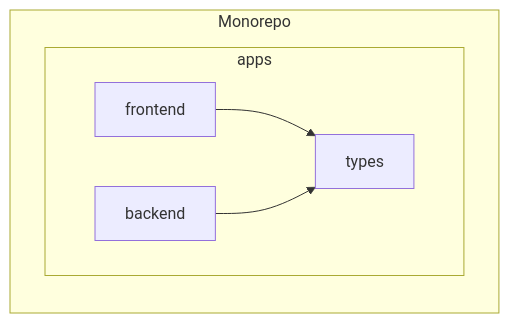
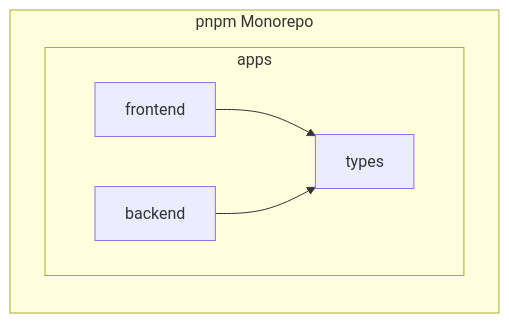
Before and after one commit to glenn-syj/english-tutor: the second of 4 diagrams in documents/architecture.md, drawn with Mermaid. The commit also changed other lines of this file and 5 other files, not shown here.

````diff
--- a/documents/architecture.md
+++ b/documents/architecture.md
@@ -39,12 +41,12 @@
 ```mermaid
 graph LR
-    subgraph "Monorepo"
+    subgraph "pnpm Monorepo"
         subgraph "apps"
             FE[frontend]
             BE[backend]
             Types[types]
         end
     end
     FE --> Types
     BE --> Types
 ```
````
